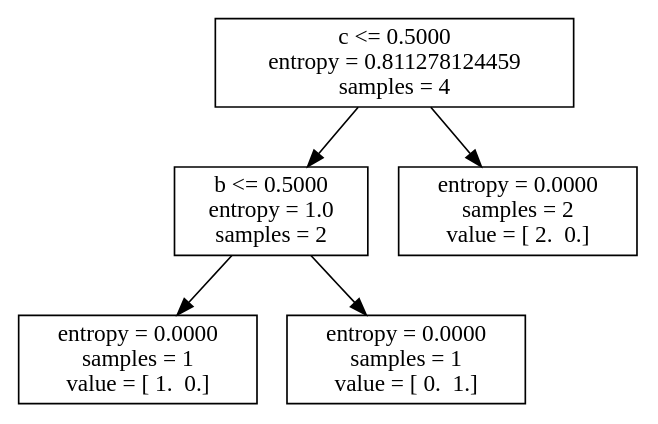
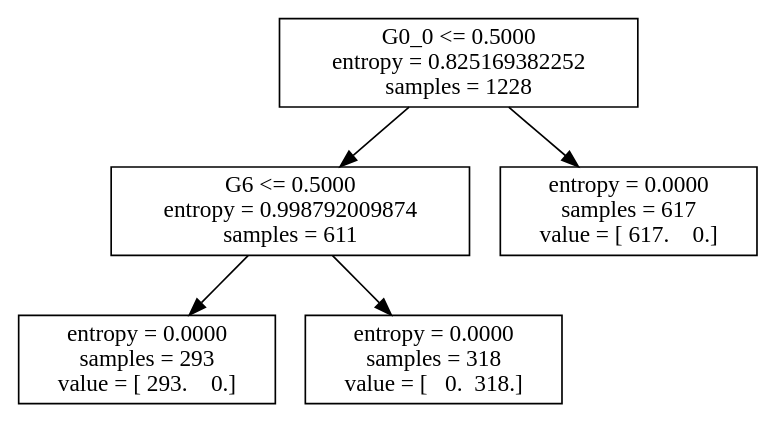
The diagram in decisionTree.dot (jza00425/eecs435_project), drawn with Graphviz before and after one commit. The commit also changed 4 other files, not shown here.

```diff
--- a/decisionTree.dot
+++ b/decisionTree.dot
@@ -1,11 +1,11 @@
 digraph Tree {
-0 [label="c <= 0.5000\nentropy = 0.811278124459\nsamples = 4", shape="box"] ;
-1 [label="b <= 0.5000\nentropy = 1.0\nsamples = 2", shape="box"] ;
+0 [label="G0_0 <= 0.5000\nentropy = 0.825169382252\nsamples = 1228", shape="box"] ;
+1 [label="G6 <= 0.5000\nentropy = 0.998792009874\nsamples = 611", shape="box"] ;
 0 -> 1 ;
-2 [label="entropy = 0.0000\nsamples = 1\nvalue = [ 1.  0.]", shape="box"] ;
+2 [label="entropy = 0.0000\nsamples = 293\nvalue = [ 293.    0.]", shape="box"] ;
 1 -> 2 ;
-3 [label="entropy = 0.0000\nsamples = 1\nvalue = [ 0.  1.]", shape="box"] ;
+3 [label="entropy = 0.0000\nsamples = 318\nvalue = [   0.  318.]", shape="box"] ;
 1 -> 3 ;
-4 [label="entropy = 0.0000\nsamples = 2\nvalue = [ 2.  0.]", shape="box"] ;
+4 [label="entropy = 0.0000\nsamples = 617\nvalue = [ 617.    0.]", shape="box"] ;
 0 -> 4 ;
 }
```
